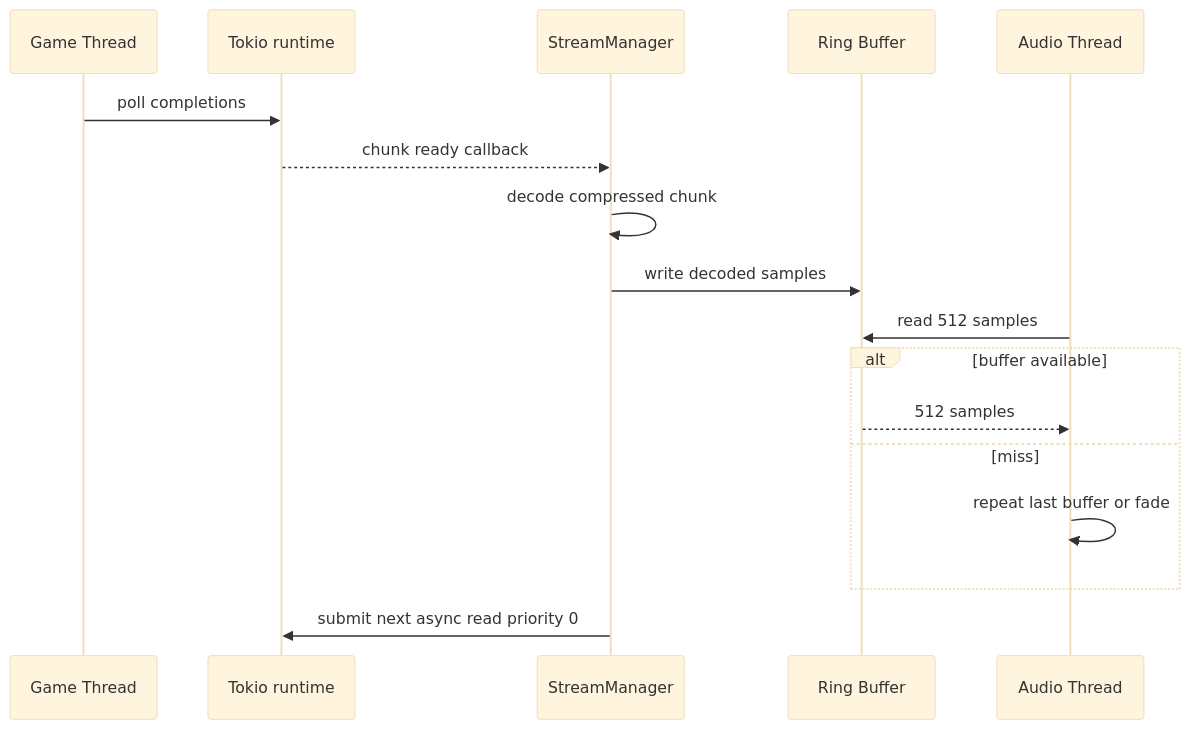
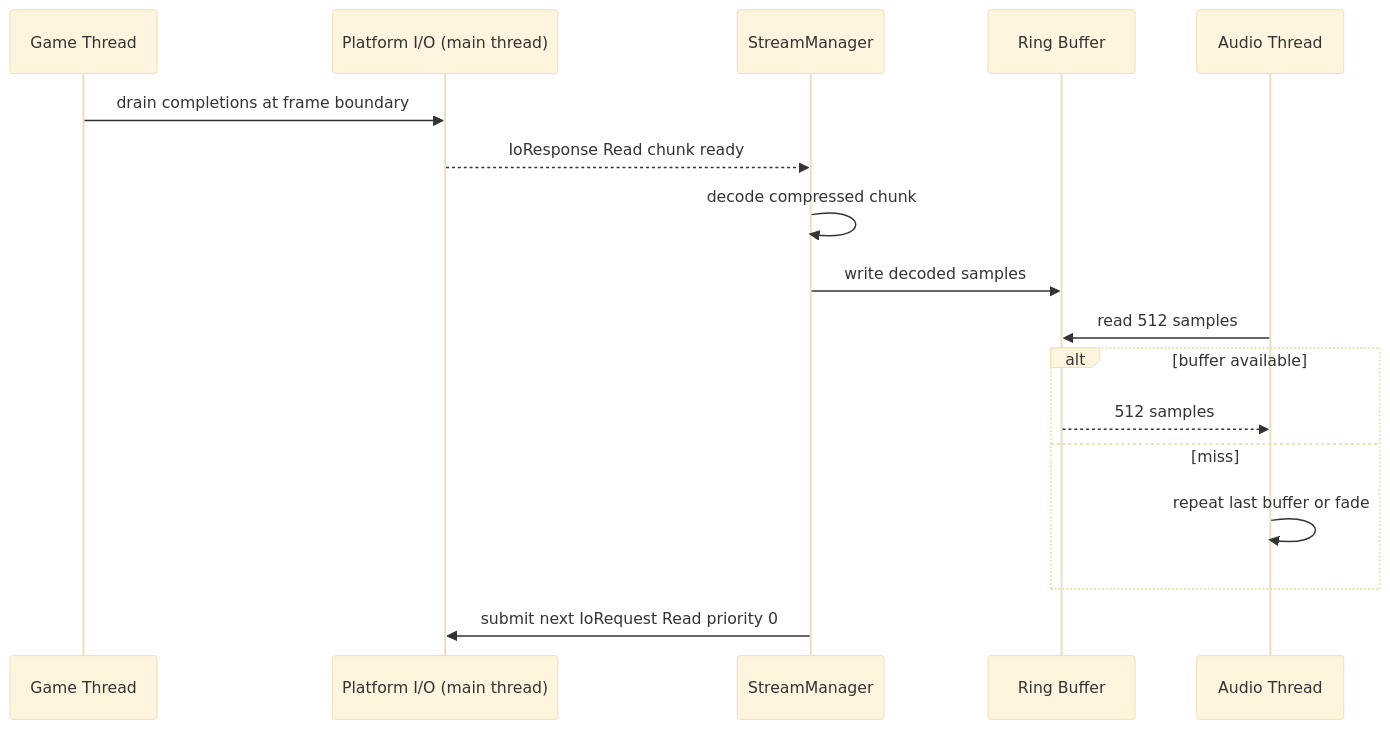
Diagram 12 of 12 in docs/design/audio/audio.md (harmonius-dev/harmonius), drawn with Mermaid (base theme) before and after one commit. The commit also changed other lines of this file and 143 other files, not shown here.

````diff
--- a/docs/design/audio/audio.md
+++ b/docs/design/audio/audio.md
@@ -1765,22 +2004,22 @@
 ```mermaid
 sequenceDiagram
     participant GT as Game Thread
-    participant IR as Tokio runtime
+    participant IO as Platform I/O (main thread)
     participant SM as StreamManager
     participant RB as Ring Buffer
     participant AT as Audio Thread
 
-    GT->>IR: poll completions
-    IR-->>SM: chunk ready callback
+    GT->>IO: drain completions at frame boundary
+    IO-->>SM: IoResponse Read chunk ready
     SM->>SM: decode compressed chunk
     SM->>RB: write decoded samples
 
     AT->>RB: read 512 samples
     alt buffer available
         RB-->>AT: 512 samples
     else miss
         AT->>AT: repeat last buffer or fade
     end
 
-    SM->>IR: submit next async read priority 0
+    SM->>IO: submit next IoRequest Read priority 0
 ```
````
